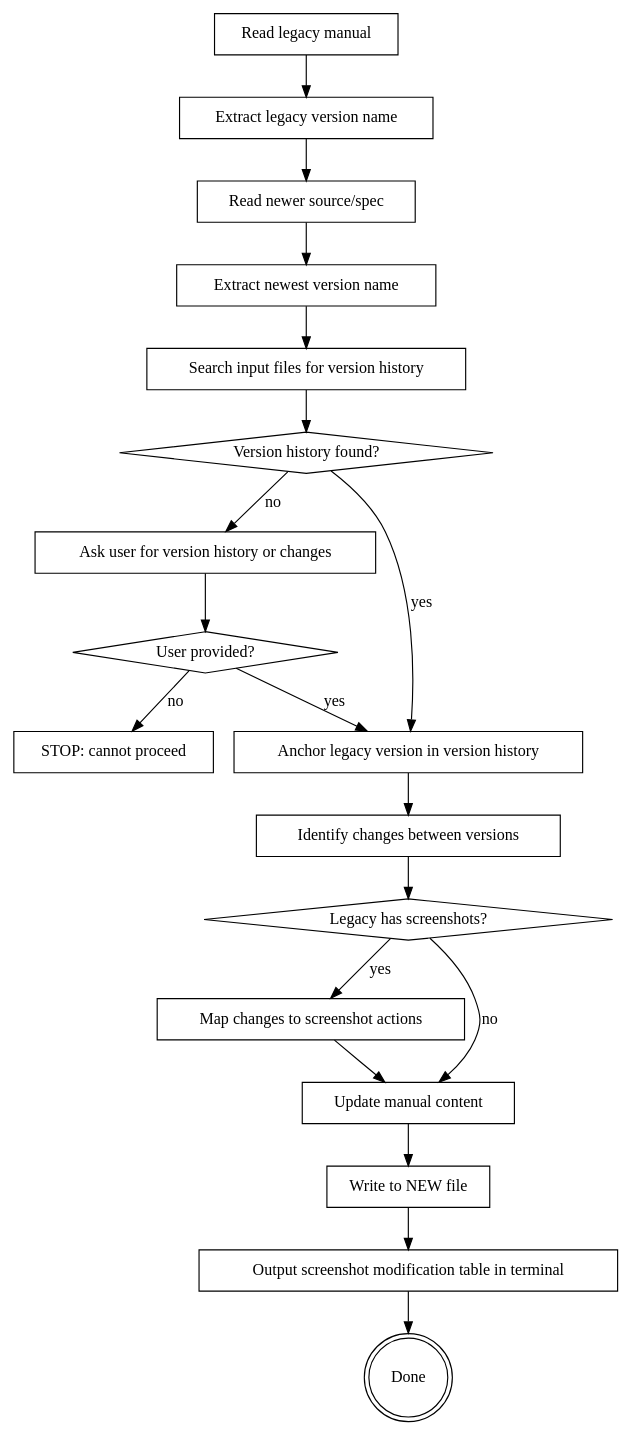
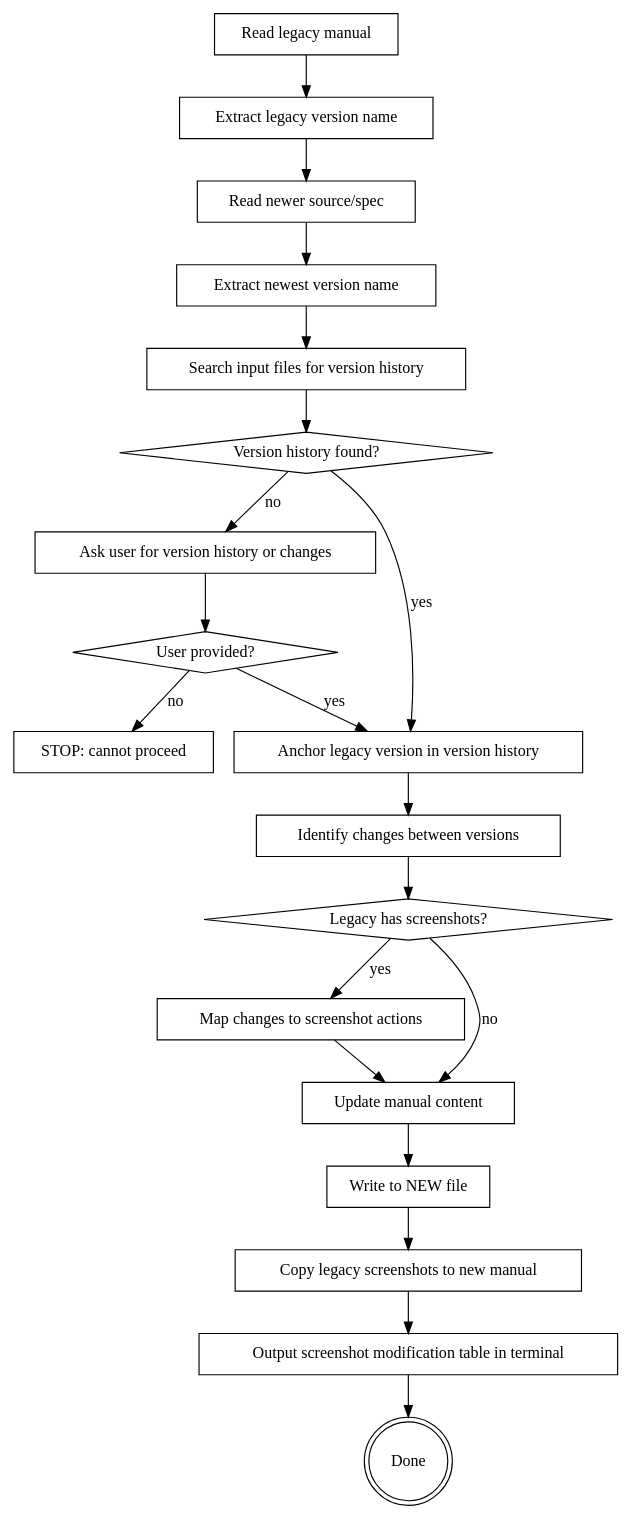
Before and after one commit to wisquest/yanzhi-user-manual-generator: the third of 3 diagrams in skills/writing-user-manual/SKILL.md, drawn with Graphviz. The commit also changed other lines of this file and 2 other files, not shown here.

Commit message:
v260526-1 docs. add screenshot file copy step in update mode
1. add step 8 to copy kept/replaced screenshots from legacy manual to new manual screenshots directory
2. add Copy legacy screenshots node to update flow diagram
3. add common mistakes entry for missing screenshot file copy

````diff
--- a/skills/writing-user-manual/SKILL.md
+++ b/skills/writing-user-manual/SKILL.md
@@ -154,40 +154,42 @@
 ```dot
 digraph update_flow {
   "Read legacy manual" [shape=box];
   "Extract legacy version name" [shape=box];
   "Read newer source/spec" [shape=box];
   "Extract newest version name" [shape=box];
   "Search input files for version history" [shape=box];
   "Version history found?" [shape=diamond];
   "Ask user for version history or changes" [shape=box];
   "User provided?" [shape=diamond];
   "STOP: cannot proceed" [shape=box];
   "Anchor legacy version in version history" [shape=box];
   "Identify changes between versions" [shape=box];
   "Legacy has screenshots?" [shape=diamond];
   "Map changes to screenshot actions" [shape=box];
   "Update manual content" [shape=box];
   "Write to NEW file" [shape=box];
+  "Copy legacy screenshots to new manual" [shape=box];
   "Output screenshot modification table in terminal" [shape=box];
   "Done" [shape=doublecircle];
 
   "Read legacy manual" -> "Extract legacy version name";
   "Extract legacy version name" -> "Read newer source/spec";
   "Read newer source/spec" -> "Extract newest version name";
   "Extract newest version name" -> "Search input files for version history";
   "Search input files for version history" -> "Version history found?";
   "Version history found?" -> "Anchor legacy version in version history" [label="yes"];
   "Version history found?" -> "Ask user for version history or changes" [label="no"];
   "Ask user for version history or changes" -> "User provided?";
   "User provided?" -> "Anchor legacy version in version history" [label="yes"];
   "User provided?" -> "STOP: cannot proceed" [label="no"];
   "Anchor legacy version in version history" -> "Identify changes between versions";
   "Identify changes between versions" -> "Legacy has screenshots?";
   "Legacy has screenshots?" -> "Map changes to screenshot actions" [label="yes"];
   "Legacy has screenshots?" -> "Update manual content" [label="no"];
   "Map changes to screenshot actions" -> "Update manual content";
   "Update manual content" -> "Write to NEW file";
-  "Write to NEW file" -> "Output screenshot modification table in terminal";
+  "Write to NEW file" -> "Copy legacy screenshots to new manual";
+  "Copy legacy screenshots to new manual" -> "Output screenshot modification table in terminal";
   "Output screenshot modification table in terminal" -> "Done";
 }
 ```
````
